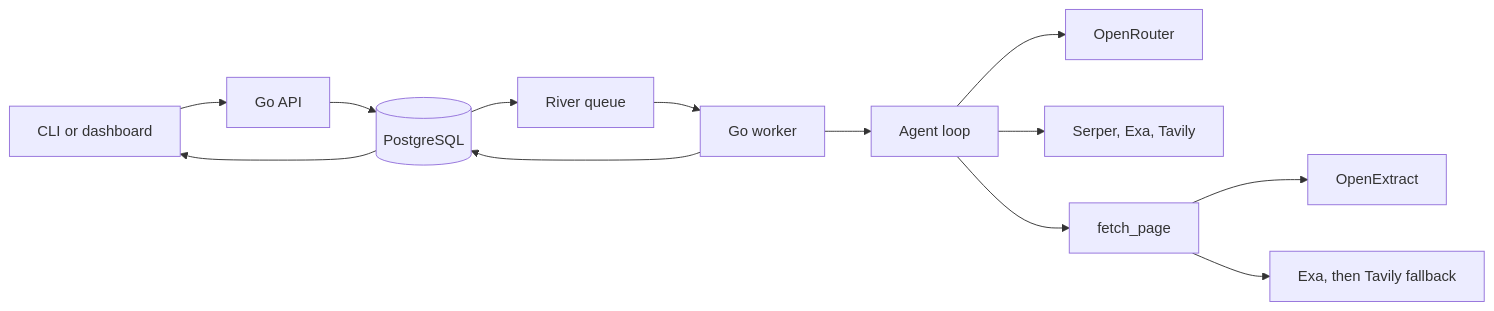
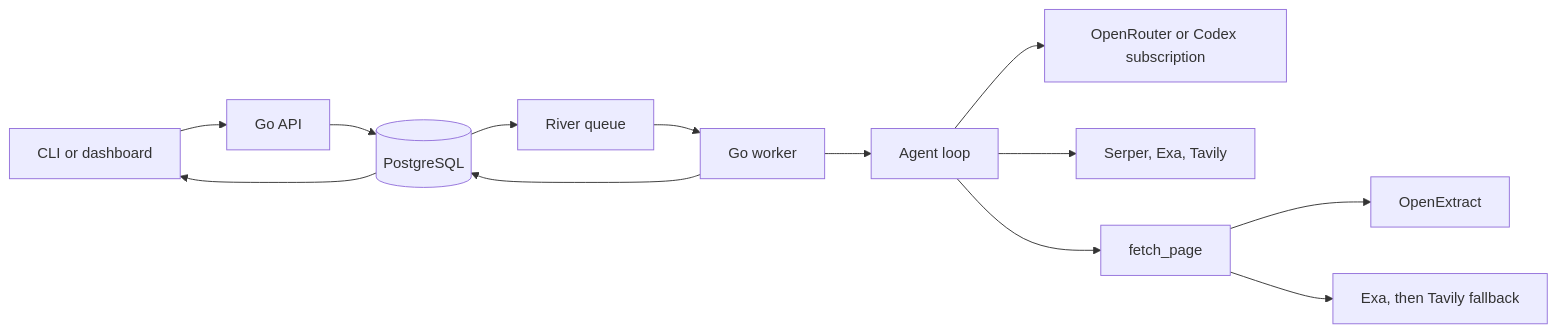
One commit to simonbalfe/freegent changed the diagram in docs/architecture.md. Above: the diagram before and after it, drawn with Mermaid. The commit also changed other lines of this file and 23 other files, not shown here.

Commit message:
Add direct Codex subscription provider

````diff
--- a/docs/architecture.md
+++ b/docs/architecture.md
@@ -5,15 +5,15 @@
 ```mermaid
 flowchart LR
     User[CLI or dashboard] --> API[Go API]
     API --> DB[(PostgreSQL)]
     DB --> River[River queue]
     River --> Worker[Go worker]
     Worker --> Agent[Agent loop]
-    Agent --> Model[OpenRouter]
+    Agent --> Model[OpenRouter or Codex subscription]
     Agent --> Search[Serper, Exa, Tavily]
     Agent --> Fetch[fetch_page]
     Fetch --> Extract[OpenExtract]
     Fetch --> Managed[Exa, then Tavily fallback]
     Worker --> DB
     DB --> User
 ```
````
